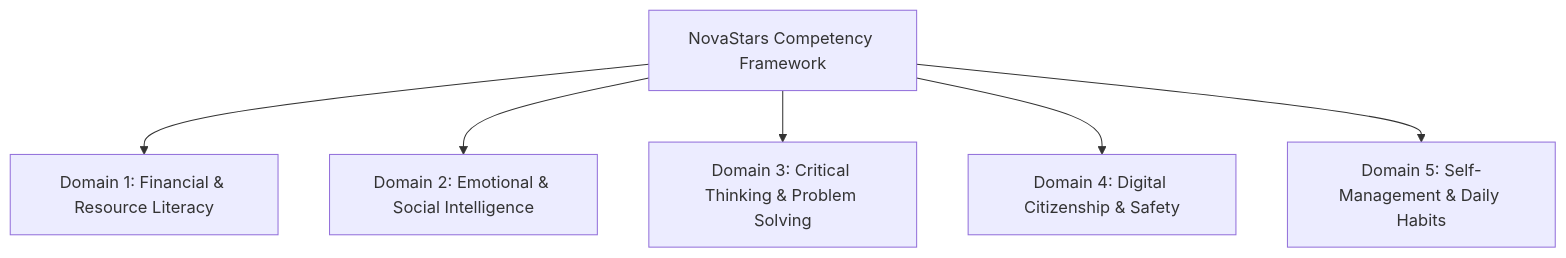
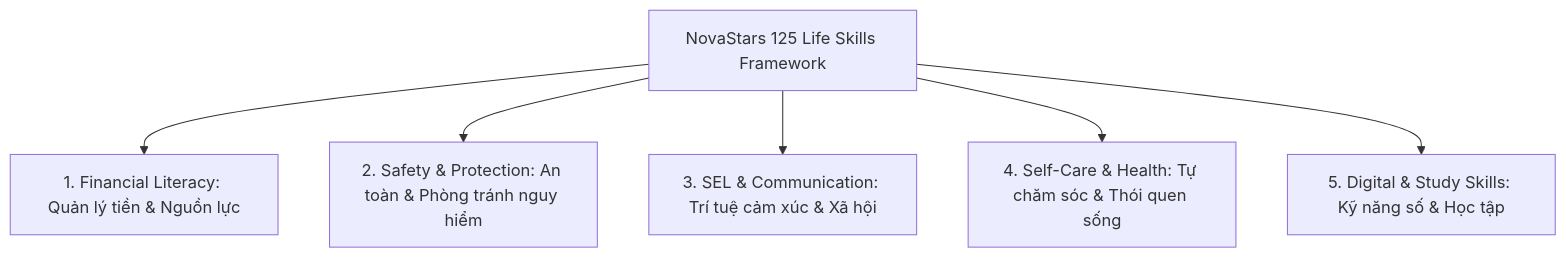
One commit to quocnt85/apptieuhoc changed the first of 2 diagrams in docs/PRD_V2/02_PEDAGOGY_AND_GAME_DESIGN.md. Above: the diagram before and after it, drawn with Mermaid. The commit also changed other lines of this file and 3 other files, not shown here.

Commit message:
docs: update PRD_V2 master files to v2.1.0 reflecting 10-stage NLAS, 125 skills and full-stack React/Capacitor/Cloudflare architecture

````diff
--- a/docs/PRD_V2/02_PEDAGOGY_AND_GAME_DESIGN.md
+++ b/docs/PRD_V2/02_PEDAGOGY_AND_GAME_DESIGN.md
@@ -13,8 +14,8 @@
 ```mermaid
 graph TD
-    A[NovaStars Competency Framework] --> D1[Domain 1: Financial & Resource Literacy]
-    A --> D2[Domain 2: Emotional & Social Intelligence]
-    A --> D3[Domain 3: Critical Thinking & Problem Solving]
-    A --> D4[Domain 4: Digital Citizenship & Safety]
-    A --> D5[Domain 5: Self-Management & Daily Habits]
+    A[NovaStars 125 Life Skills Framework] --> D1[1. Financial Literacy: Quản lý tiền & Nguồn lực]
+    A --> D2[2. Safety & Protection: An toàn & Phòng tránh nguy hiểm]
+    A --> D3[3. SEL & Communication: Trí tuệ cảm xúc & Xã hội]
+    A --> D4[4. Self-Care & Health: Tự chăm sóc & Thói quen sống]
+    A --> D5[5. Digital & Study Skills: Kỹ năng số & Học tập]
 ```
````
